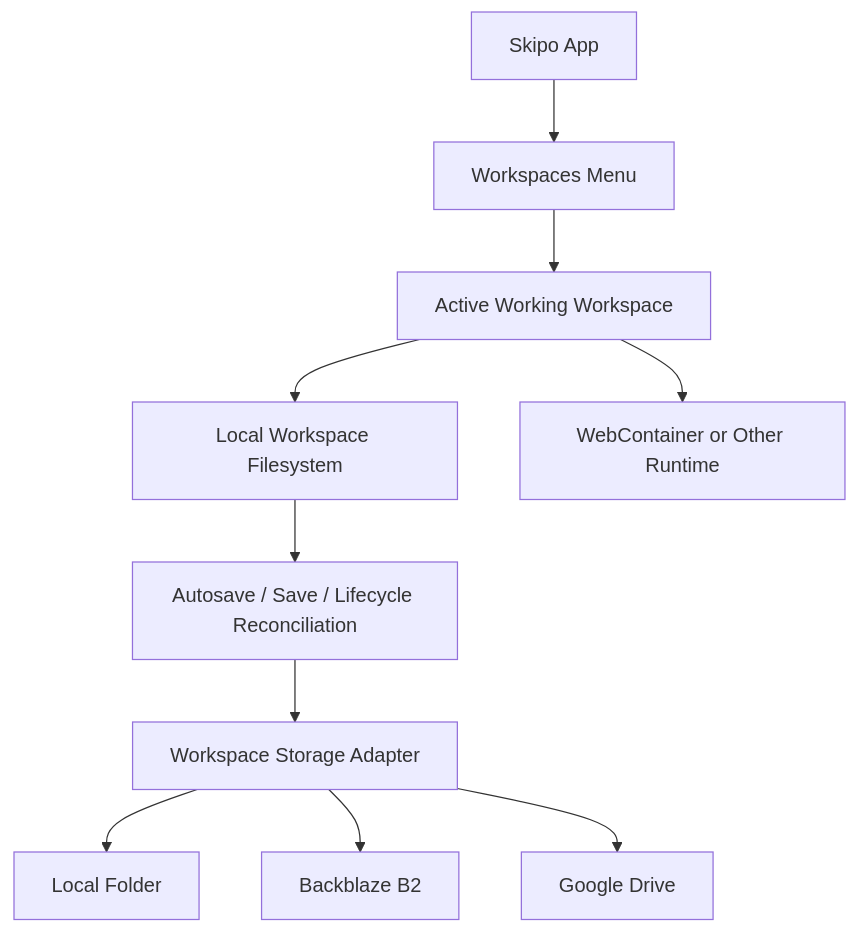
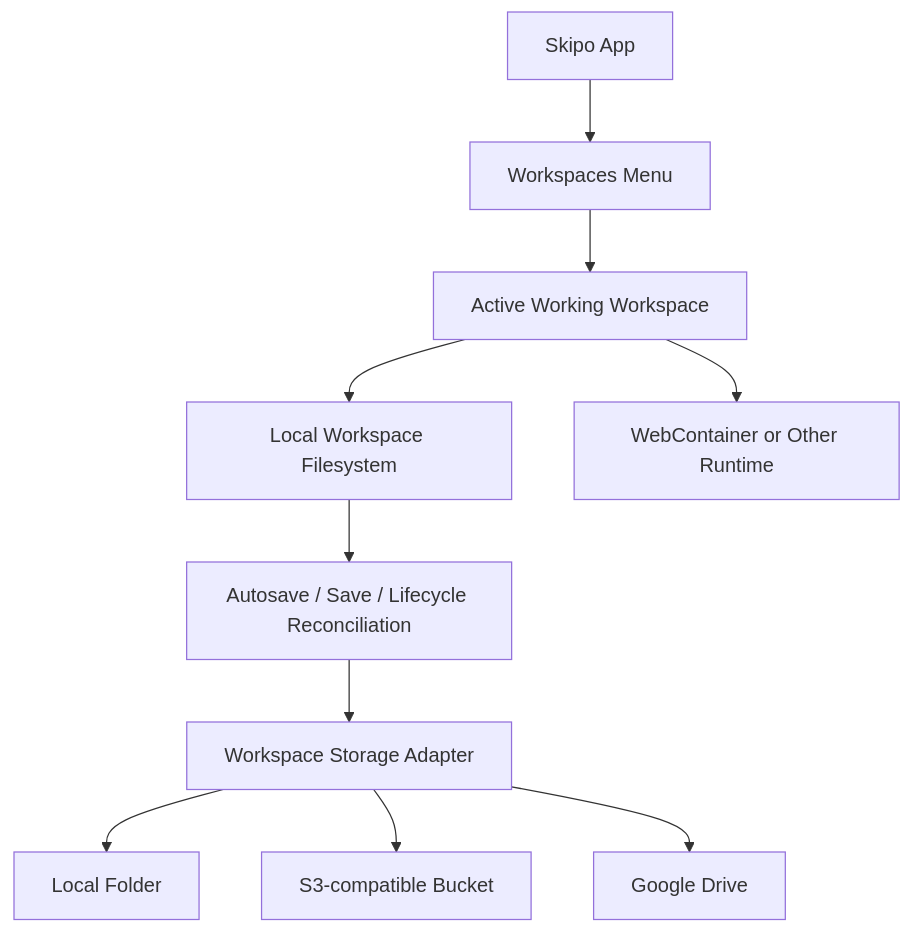
One commit to dinilmusick/Skipo changed the first of 2 diagrams in architecture/app-architecture/SKILL.md. Above: the diagram before and after it, drawn with Mermaid.

Commit message:
docs(storage): replace provider-specific bucket wording

````diff
--- a/architecture/app-architecture/SKILL.md
+++ b/architecture/app-architecture/SKILL.md
@@ -48,12 +48,12 @@
 ```mermaid
 flowchart TD
     A[Skipo App] --> M[Workspaces Menu]
     M --> W[Active Working Workspace]
     W --> F[Local Workspace Filesystem]
     F --> R[Autosave / Save / Lifecycle Reconciliation]
     R --> S[Workspace Storage Adapter]
     S --> L[Local Folder]
-    S --> B[Backblaze B2]
+    S --> B[S3-compatible Bucket]
     S --> G[Google Drive]
     W --> X[WebContainer or Other Runtime]
 ```
````
